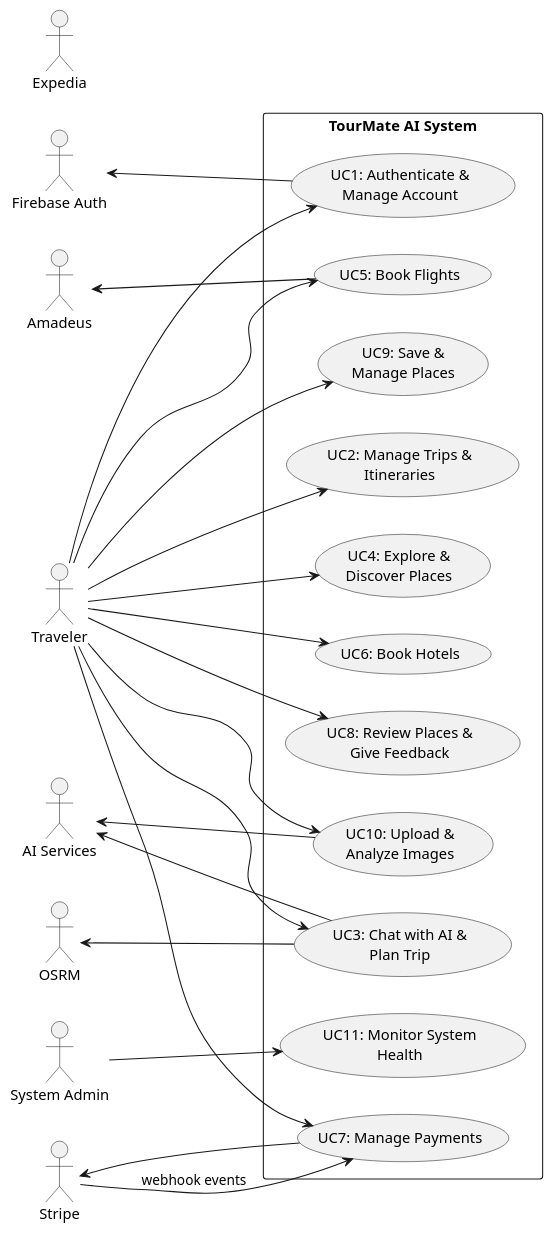
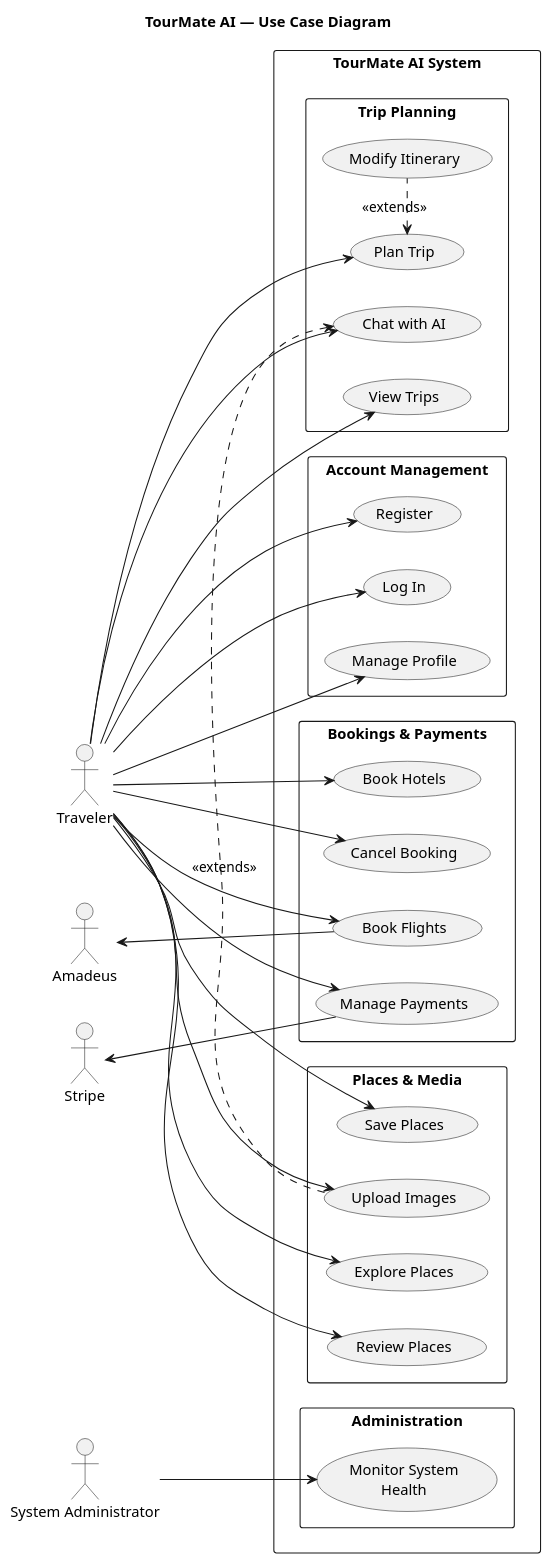
Before and after one commit to AbdelrahmanMostafa33/TourMate-AI: the diagram in docs/Diagrams/use_case_diagram.puml, drawn with PlantUML. The commit also changed 87 other files, not shown here.

```diff
--- a/docs/Diagrams/use_case_diagram.puml
+++ b/docs/Diagrams/use_case_diagram.puml
@@ -1,60 +1,95 @@
-@startuml TourMate_AI_High_Level
+@startuml TourMate_Use_Case_Diagram
 left to right direction
 skinparam packageStyle rectangle
+skinparam defaultTextAlignment center
+
+title TourMate AI — Use Case Diagram
 
 ' ═══════ ACTORS ═══════
 
 actor "Traveler" as Traveler
-actor "System Admin" as Admin
+actor "System Administrator" as Admin
 actor "Stripe" as Stripe
-actor "Firebase Auth" as Firebase
 actor "Amadeus" as Amadeus
-actor "Expedia" as Expedia
-actor "OSRM" as OSRM
-actor "AI Services" as AI
 
-' ═══════ HIGH-LEVEL USECASES ═══════
+' ═══════ SYSTEM BOUNDARY ═══════
 
 rectangle "TourMate AI System" {
 
-  usecase "UC1: Authenticate &\\nManage Account" as UC1
-  usecase "UC2: Manage Trips &\\nItineraries" as UC2
-  usecase "UC3: Chat with AI &\\nPlan Trip" as UC3
-  usecase "UC4: Explore &\\nDiscover Places" as UC4
-  usecase "UC5: Book Flights" as UC5
-  usecase "UC6: Book Hotels" as UC6
-  usecase "UC7: Manage Payments" as UC7
-  usecase "UC8: Review Places &\\nGive Feedback" as UC8
-  usecase "UC9: Save &\\nManage Places" as UC9
-  usecase "UC10: Upload &\\nAnalyze Images" as UC10
-  usecase "UC11: Monitor System\\nHealth" as UC11
+  ' ──── Account Management ────
 
+  rectangle "Account Management" as Account {
+    usecase "Register" as Reg
+    usecase "Log In" as Login
+    usecase "Manage Profile" as Profile
+  }
+
+  ' ──── Trip Planning ────
+
+  rectangle "Trip Planning" as Planning {
+    usecase "Chat with AI" as Chat
+    usecase "Plan Trip" as Plan
+    usecase "Modify Itinerary" as Modify
+    usecase "View Trips" as ViewTrips
+  }
+
+  ' ──── Bookings & Payments ────
+
+  rectangle "Bookings & Payments" as Booking {
+    usecase "Book Flights" as BookFlights
+    usecase "Book Hotels" as BookHotels
+    usecase "Cancel Booking" as Cancel
+    usecase "Manage Payments" as Pay
+  }
+
+  ' ──── Places & Media ────
+
+  rectangle "Places & Media" as Places {
+    usecase "Explore Places" as Explore
+    usecase "Review Places" as Review
+    usecase "Save Places" as Save
+    usecase "Upload Images" as Upload
+  }
+
+  ' ──── Administration ────
+
+  rectangle "Administration" as AdminGroup {
+    usecase "Monitor System\nHealth" as Monitor
+  }
 }
 
-' ═══════ TRAVELER ═══════
-Traveler --> UC1
-Traveler --> UC2
-Traveler --> UC3
-Traveler --> UC4
-Traveler --> UC5
-Traveler --> UC6
-Traveler --> UC7
-Traveler --> UC8
-Traveler --> UC9
-Traveler --> UC10
+' ═══════ TRAVELER CONNECTIONS ═══════
 
-' ═══════ ADMIN ═══════
-Admin --> UC11
+Traveler --> Reg
+Traveler --> Login
+Traveler --> Profile
+
+Traveler --> Chat
+Traveler --> Plan
+Traveler --> ViewTrips
+
+Traveler --> BookFlights
+Traveler --> BookHotels
+Traveler --> Cancel
+Traveler --> Pay
+
+Traveler --> Explore
+Traveler --> Review
+Traveler --> Save
+Traveler --> Upload
+
+' ═══════ ADMIN CONNECTIONS ═══════
+
+Admin --> Monitor
+
+' ═══════ RELATIONSHIPS ═══════
+
+Modify .left.> Plan : <<extends>>
+Upload .left.> Chat : <<extends>>
 
 ' ═══════ EXTERNAL SYSTEMS ═══════
-Firebase <-- UC1
-AI <-- UC3
-Amadeus <-- UC5
-Stripe <-- UC7
-OSRM <-- UC3
-AI <-- UC10
 
-' ═══════ WEBHOOK ═══════
-Stripe --> UC7 : webhook events
+Stripe <-- Pay
+Amadeus <-- BookFlights
 
 @enduml
```
